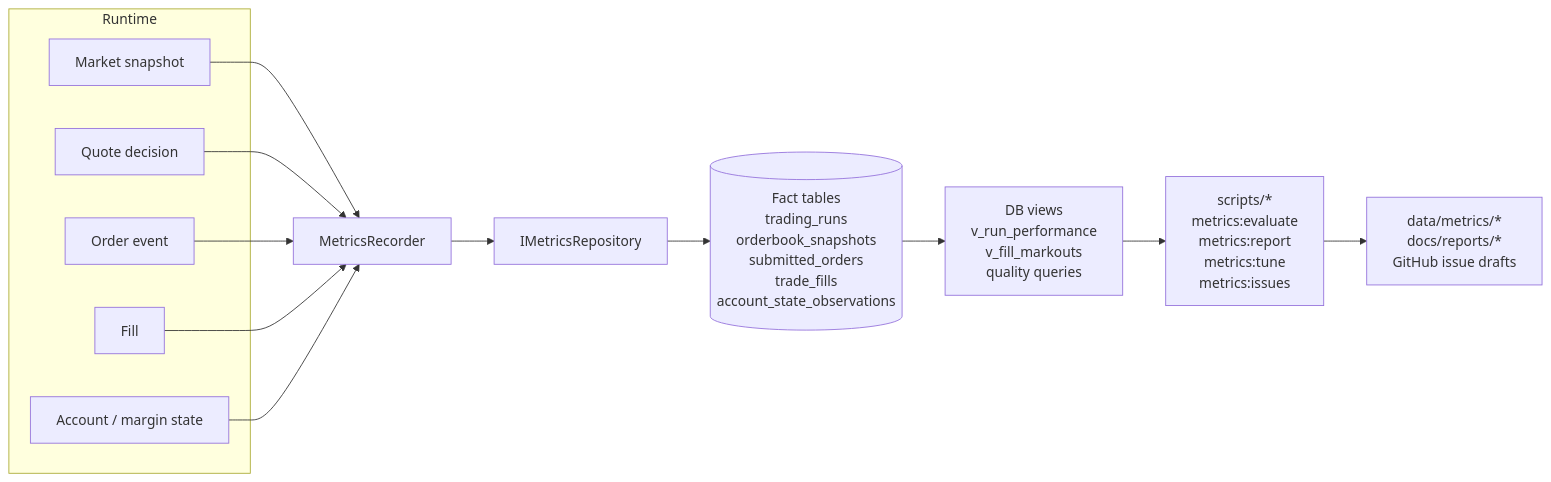
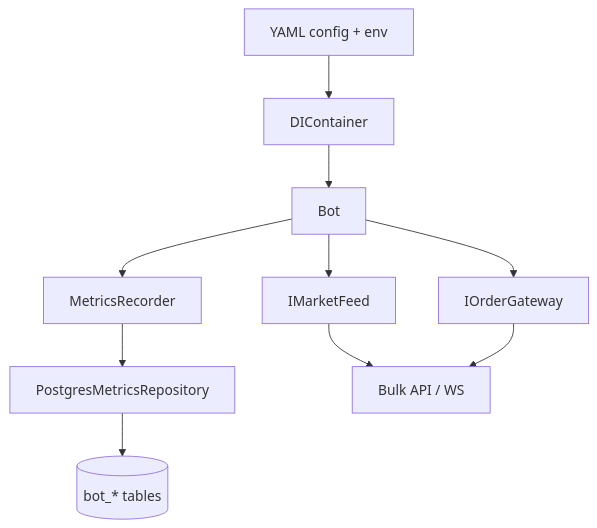
One commit to posaune0423/simple-mm-bot changed the first of 5 diagrams in docs/ARCHITECTURE.md. Above: the diagram before and after it, drawn with Mermaid. The commit also changed other lines of this file and 81 other files, not shown here.

Commit message:
feat: add Timescale market data recorder

````diff
--- a/docs/ARCHITECTURE.md
+++ b/docs/ARCHITECTURE.md
@@ -460,24 +7,13 @@
 ```mermaid
-flowchart LR
-    subgraph Runtime["Runtime"]
-        FeedEvent["Market snapshot"]
-        QuoteEvent["Quote decision"]
-        OrderEvent["Order event"]
-        FillEvent["Fill"]
-        AccountEvent["Account / margin state"]
-    end
+flowchart TD
+    Config["YAML config + env"] --> DI["DIContainer"]
+    DI --> Bot["Bot"]
+    Bot --> Feed["IMarketFeed"]
+    Bot --> Gateway["IOrderGateway"]
+    Bot --> Metrics["MetricsRecorder"]
+    Metrics --> BotRepo["PostgresMetricsRepository"]
+    BotRepo --> BotTables[("bot_* tables")]
 
-    Recorder["MetricsRecorder"]
-    Repo["IMetricsRepository"]
-    Facts[("Fact tables\ntrading_runs\norderbook_snapshots\nsubmitted_orders\ntrade_fills\naccount_state_observations")]
-    Views["DB views\nv_run_performance\nv_fill_markouts\nquality queries"]
-    Scripts["scripts/*\nmetrics:evaluate\nmetrics:report\nmetrics:tune\nmetrics:issues"]
-    Reports["data/metrics/*\ndocs/reports/*\nGitHub issue drafts"]
-
-    FeedEvent --> Recorder
-    QuoteEvent --> Recorder
-    OrderEvent --> Recorder
-    FillEvent --> Recorder
-    AccountEvent --> Recorder
-    Recorder --> Repo --> Facts --> Views --> Scripts --> Reports
+    Feed --> BulkAPI["Bulk API / WS"]
+    Gateway --> BulkAPI
 ```
````
